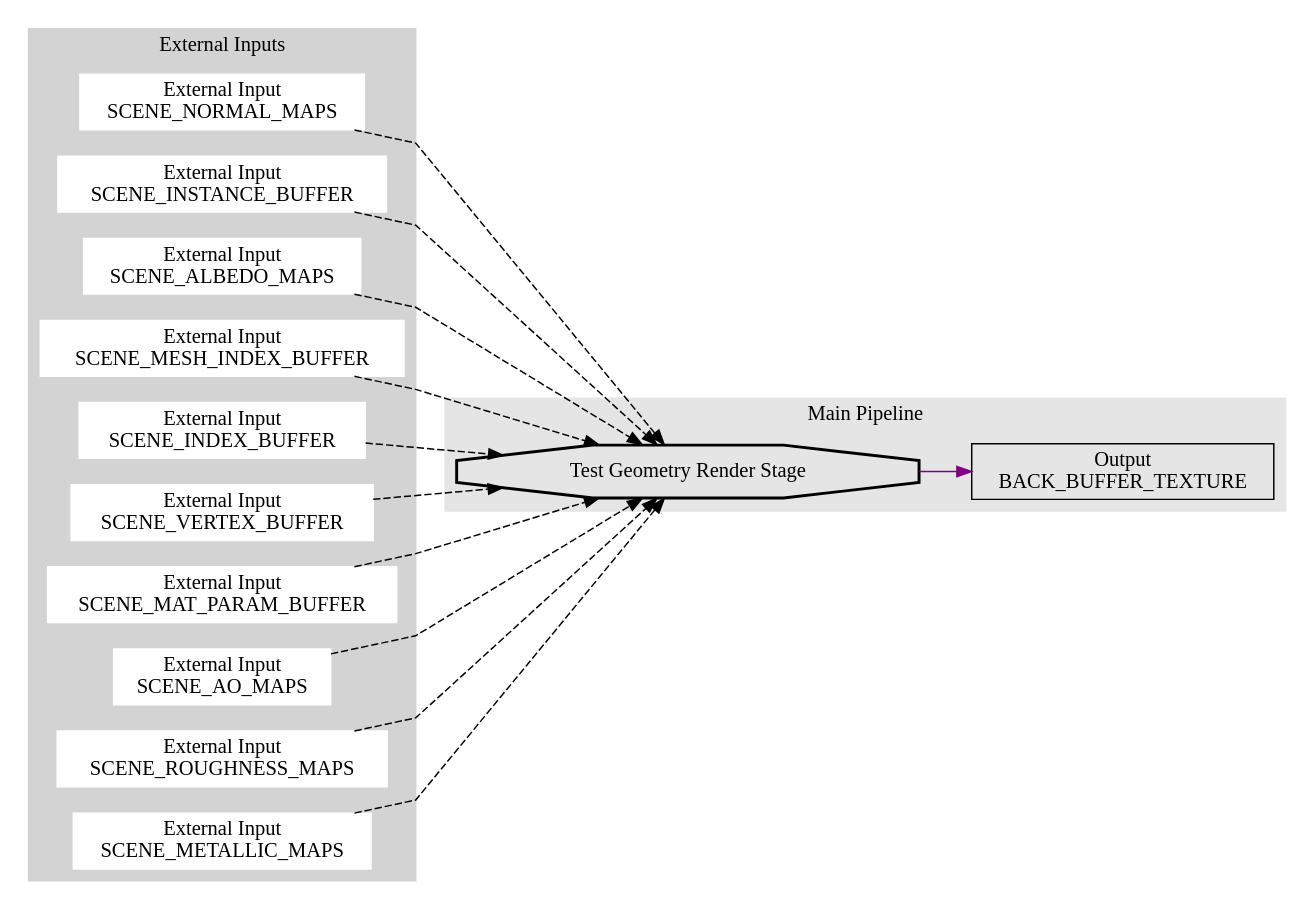
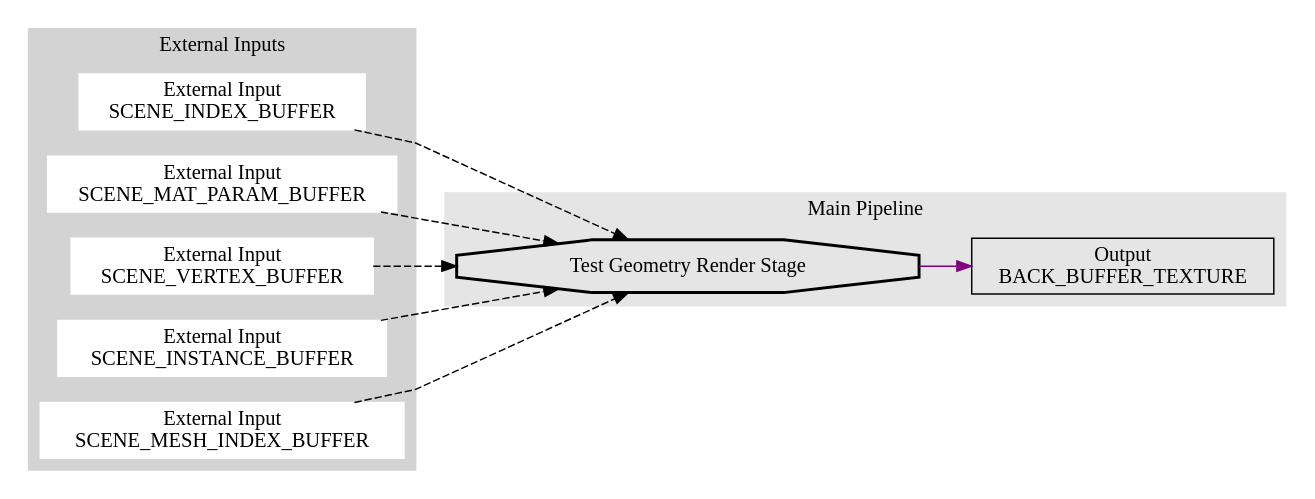
One commit to IbexOmega/CrazyCanvas changed the diagram in Sandbox/complete_test_render_graph.dot. Above: the diagram before and after it, drawn with Graphviz. The commit also changed 24 other files, not shown here.

```diff
--- a/Sandbox/complete_test_render_graph.dot
+++ b/Sandbox/complete_test_render_graph.dot
@@ -1,35 +1,30 @@
 digraph G {
 	rankdir = LR;
 	splines=polyline
 	subgraph cluster0 {
 		node [style=filled,color=white];
 		style = filled;
 		color = lightgrey;
 		label = "Temporal Inputs";
 	}
 	subgraph cluster1 {
 		node [style=filled,color=white];
 		style = filled;
 		color = lightgrey;
 		label = "External Inputs";
-		eia6 [shape=box,label="External Input\nSCENE_NORMAL_MAPS"];
+		eia2 [shape=box,label="External Input\nSCENE_INDEX_BUFFER"];
+		eia0 [shape=box,label="External Input\nSCENE_MAT_PARAM_BUFFER"];
+		eia1 [shape=box,label="External Input\nSCENE_VERTEX_BUFFER"];
 		eia3 [shape=box,label="External Input\nSCENE_INSTANCE_BUFFER"];
-		eia5 [shape=box,label="External Input\nSCENE_ALBEDO_MAPS"];
 		eia4 [shape=box,label="External Input\nSCENE_MESH_INDEX_BUFFER"];
-		eia2 [shape=box,label="External Input\nSCENE_INDEX_BUFFER"];
-		eia1 [shape=box,label="External Input\nSCENE_VERTEX_BUFFER"];
-		eia0 [shape=box,label="External Input\nSCENE_MAT_PARAM_BUFFER"];
-		eia7 [shape=box,label="External Input\nSCENE_AO_MAPS"];
-		eia8 [shape=box,label="External Input\nSCENE_ROUGHNESS_MAPS"];
-		eia9 [shape=box,label="External Input\nSCENE_METALLIC_MAPS"];
 	}
 	subgraph cluster2 {
 		style = filled;
 		color = gray90;
 		label = "Main Pipeline";
 		rs0 [shape=octagon,style=bold,label="Test Geometry Render Stage"];
-		oa10 [shape=box,label="Output\nBACK_BUFFER_TEXTURE"];
+		oa5 [shape=box,label="Output\nBACK_BUFFER_TEXTURE"];
 	}
-	{eia0, eia1, eia2, eia3, eia4, eia5, eia6, eia7, eia8, eia9} -> rs0[style=dashed];
-	rs0 -> oa10[color=purple];
+	{eia0, eia1, eia2, eia3, eia4} -> rs0[style=dashed];
+	rs0 -> oa5[color=purple];
 }
```
